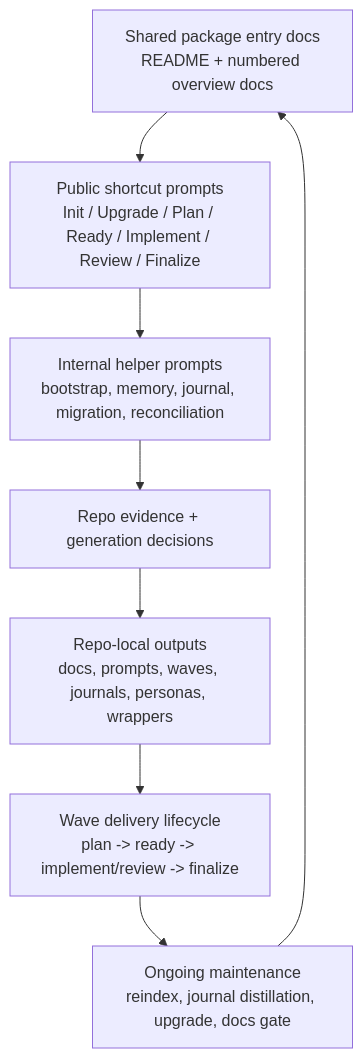
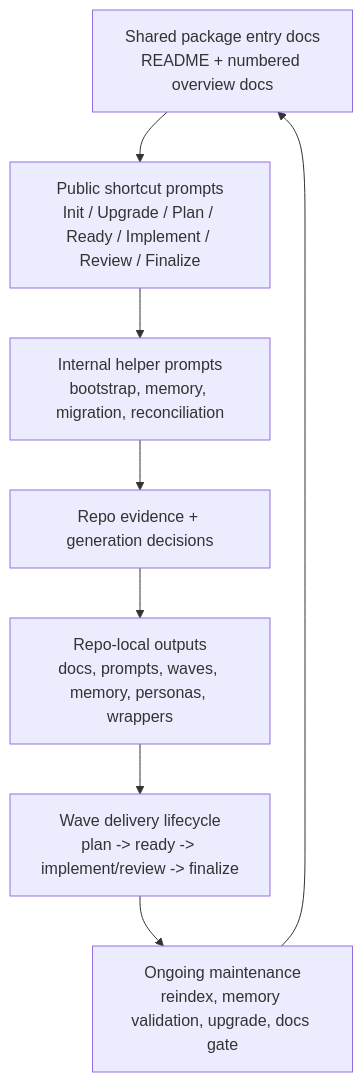
Before and after one commit to coryhacking/wavefoundry: the diagram in .wavefoundry/framework/seeds/008-framework-map.md, drawn with Mermaid. The commit also changed other lines of this file and 406 other files, not shown here.

````diff
--- a/.wavefoundry/framework/seeds/008-framework-map.md
+++ b/.wavefoundry/framework/seeds/008-framework-map.md
@@ -13,10 +13,10 @@
 ```mermaid
 flowchart TD
     A[Shared package entry docs\nREADME + numbered overview docs] --> B[Public shortcut prompts\nInit / Upgrade / Plan / Ready / Implement / Review / Finalize]
-    B --> C[Internal helper prompts\nbootstrap, memory, journal, migration, reconciliation]
+    B --> C[Internal helper prompts\nbootstrap, memory, migration, reconciliation]
     C --> D[Repo evidence + generation decisions]
-    D --> E[Repo-local outputs\ndocs, prompts, waves, journals, personas, wrappers]
+    D --> E[Repo-local outputs\ndocs, prompts, waves, memory, personas, wrappers]
     E --> F[Wave delivery lifecycle\nplan -> ready -> implement/review -> finalize]
-    F --> G[Ongoing maintenance\nreindex, journal distillation, upgrade, docs gate]
+    F --> G[Ongoing maintenance\nreindex, memory validation, upgrade, docs gate]
     G --> A
 ```
````
